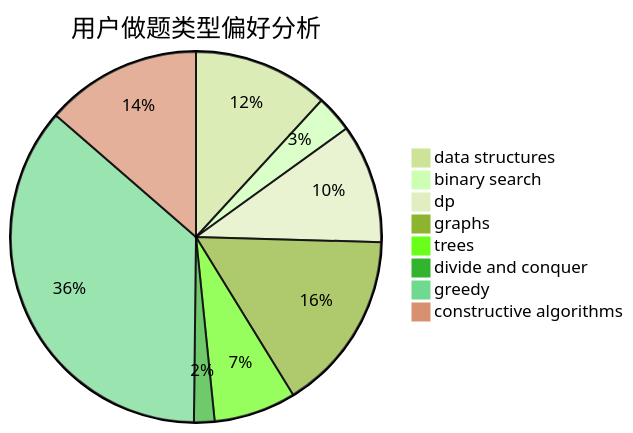
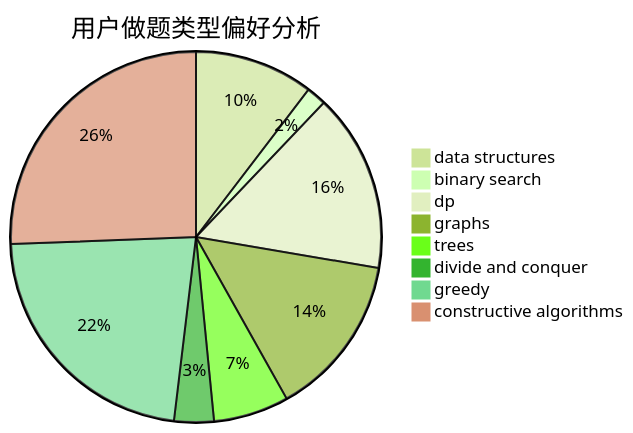
One commit to sherpahu/cfrs.github.io changed the second of 3 diagrams in docs/user/u1515.md. Above: the diagram before and after it, drawn with Mermaid (forest theme). The commit also changed other lines of this file and 2770 other files, not shown here.

````diff
--- a/docs/user/u1515.md
+++ b/docs/user/u1515.md
@@ -23,11 +23,11 @@
 ```mermaid
 pie title 用户做题类型偏好分析
-    "data structures" :  33
-    "binary search" :  9
-    "dp" :  29
-    "graphs" :  44
-    "trees" :  20
-    "divide and conquer" :  5
-    "greedy" :  101
-    "constructive algorithms" :  38
+    "data structures" :  30
+    "binary search" :  5
+    "dp" :  45
+    "graphs" :  41
+    "trees" :  19
+    "divide and conquer" :  10
+    "greedy" :  65
+    "constructive algorithms" :  74
 ```
````
